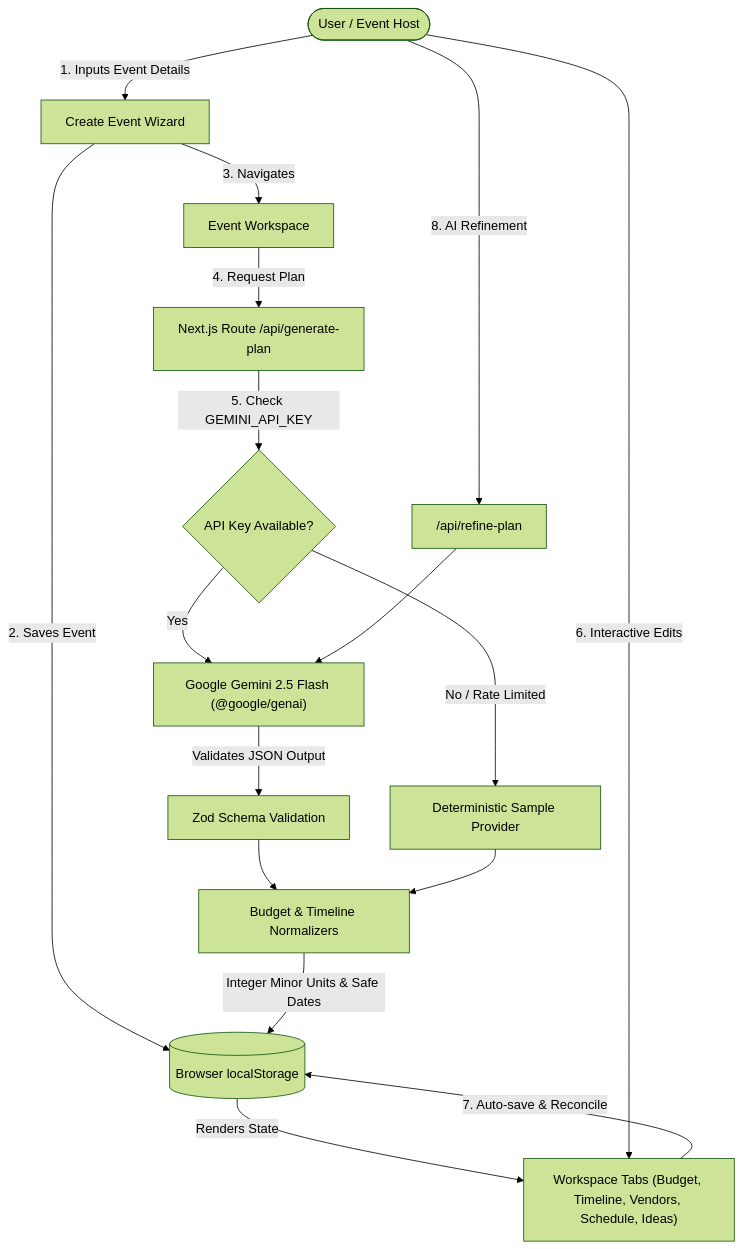
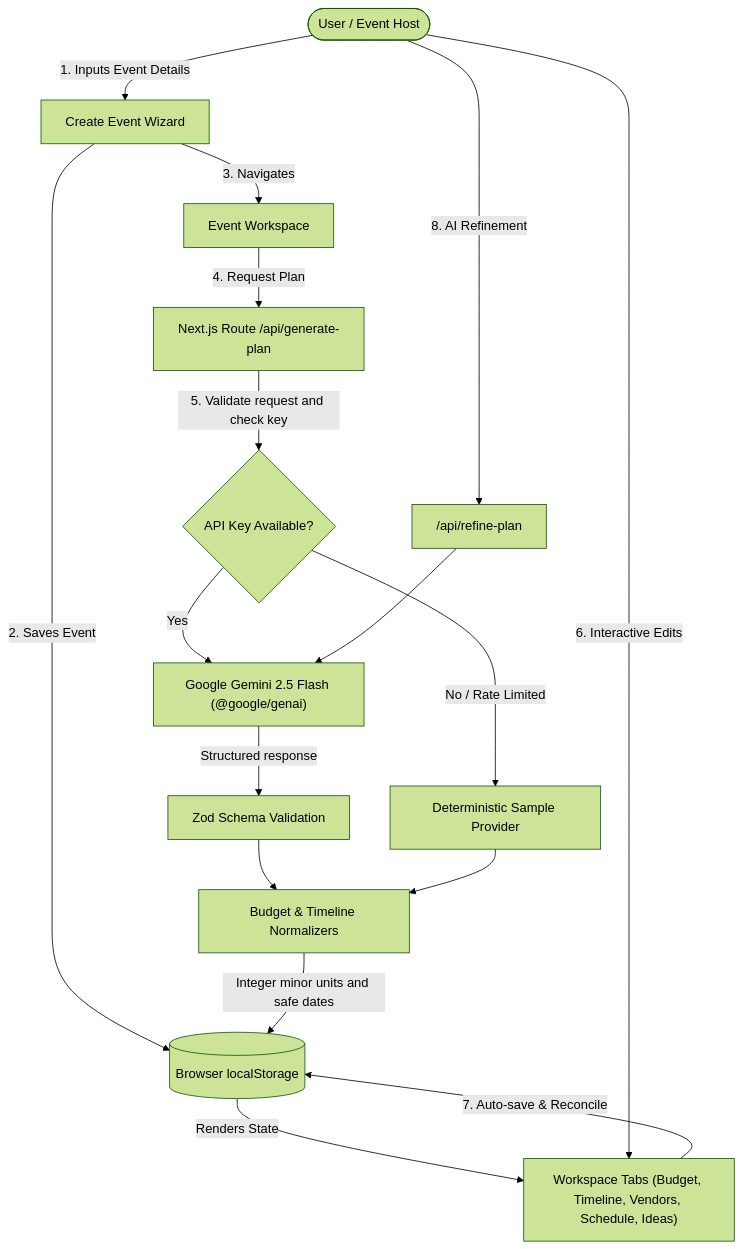
The diagram in README.md (mudassar-quraishi/GatherlyAI), drawn with Mermaid (forest theme) before and after one commit. The commit also changed other lines of this file and 30 other files, not shown here.

````diff
--- a/README.md
+++ b/README.md
@@ -118,27 +121,27 @@
 ```mermaid
 flowchart TD
     User([User / Event Host]) -->|1. Inputs Event Details| Wizard[Create Event Wizard]
     Wizard -->|2. Saves Event| Storage[(Browser localStorage)]
     
     Wizard -->|3. Navigates| Workspace[Event Workspace]
     
     Workspace -->|4. Request Plan| API["Next.js Route /api/generate-plan"]
     
-    API -->|5. Check GEMINI_API_KEY| Decision{API Key Available?}
+    API -->|5. Validate request and check key| Decision{API Key Available?}
     
     Decision -->|Yes| Gemini["Google Gemini 2.5 Flash (@google/genai)"]
     Decision -->|No / Rate Limited| DemoEngine[Deterministic Sample Provider]
     
-    Gemini -->|Validates JSON Output| ZodSchema[Zod Schema Validation]
+    Gemini -->|Structured response| ZodSchema[Zod Schema Validation]
     ZodSchema --> EngineNormalization[Budget & Timeline Normalizers]
     DemoEngine --> EngineNormalization
     
-    EngineNormalization -->|Integer Minor Units & Safe Dates| Storage
+    EngineNormalization -->|Integer minor units and safe dates| Storage
     Storage -->|Renders State| UIComponents["Workspace Tabs (Budget, Timeline, Vendors, Schedule, Ideas)"]
     
     User -->|6. Interactive Edits| UIComponents
     UIComponents -->|7. Auto-save & Reconcile| Storage
     
     User -->|8. AI Refinement| RefineAPI["/api/refine-plan"]
     RefineAPI --> Gemini
 ```
````
